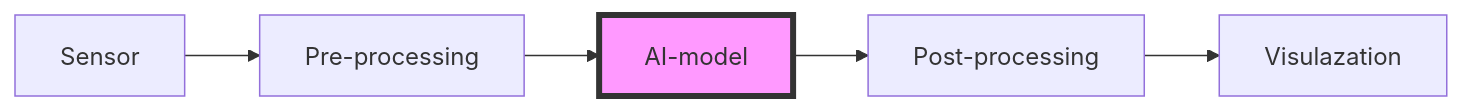
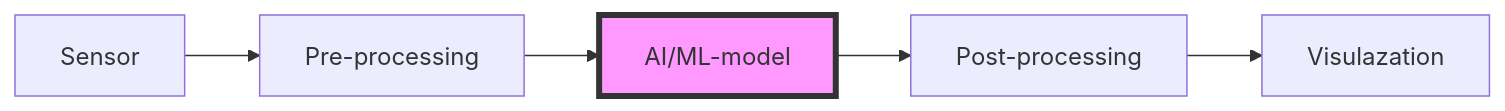
One commit to OAAX-standard/OAAX changed the diagram in README.md. Above: the diagram before and after it, drawn with Mermaid. The commit also changed other lines of this file, not shown here.

````diff
--- a/README.md
+++ b/README.md
@@ -57,13 +61,13 @@
 ```mermaid
 flowchart LR;
     A[Sensor];
     B[Pre-processing];
-    C[AI-model];
+    C[AI/ML-model];
     style C fill:#f9f,stroke:#333,stroke-width:4px
     D[Post-processing];
     E[Visulazation];
     A-->B
     B-->C;
     C-->D;
     D-->E;
 ```
````
